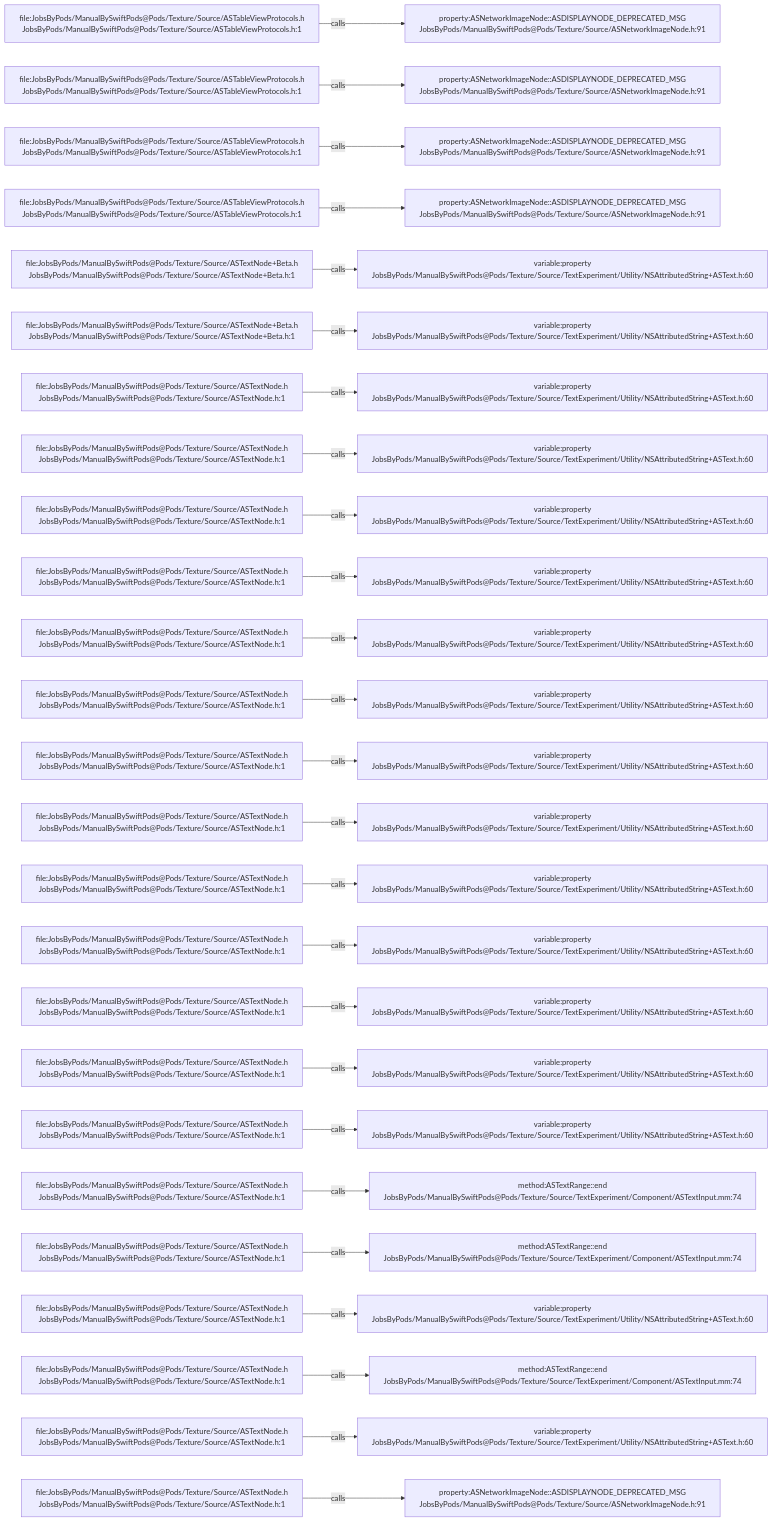
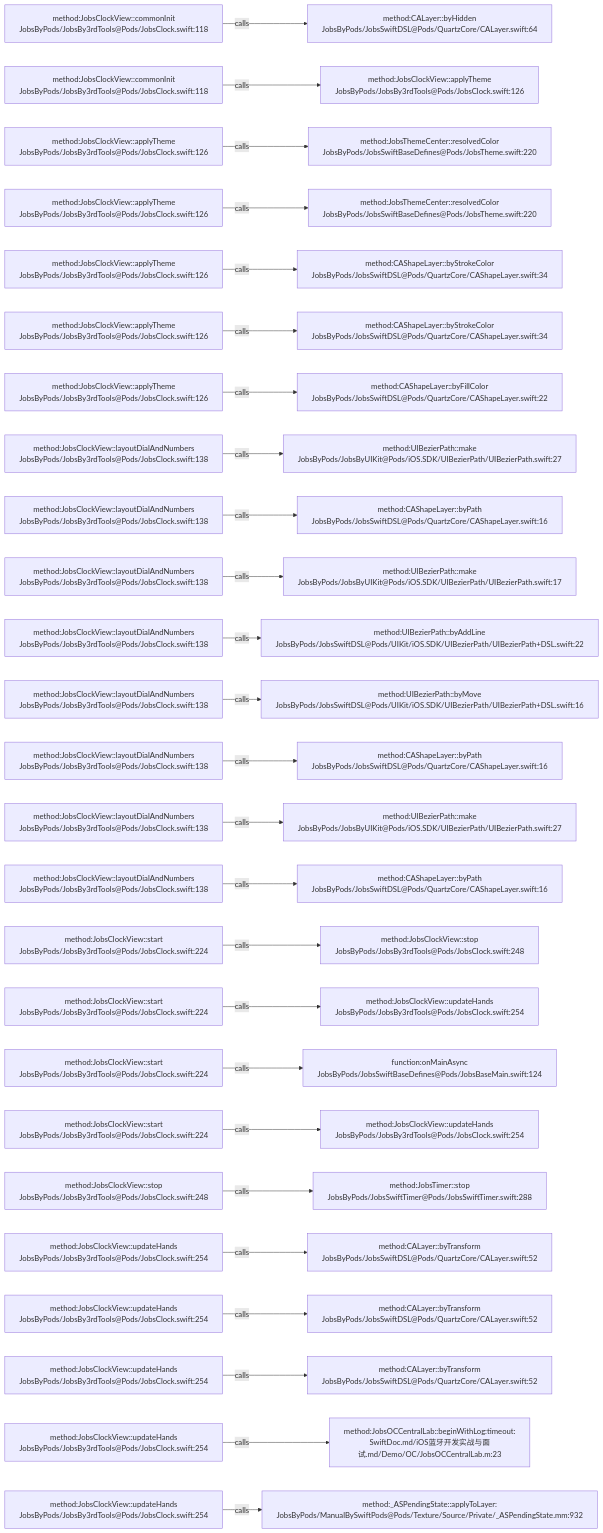
Before and after one commit to JobsKits/JobsSwiftBaseConfigDemo: the diagram in .codegraph/codegraph.md/graphs/calls-064.md, drawn with Mermaid. The commit also changed 224 other files, not shown here.

````diff
--- a/.codegraph/codegraph.md/graphs/calls-064.md
+++ b/.codegraph/codegraph.md/graphs/calls-064.md
@@ -13,78 +13,78 @@
 ```mermaid
 flowchart LR
-  S1["file:JobsByPods/ManualBySwiftPods@Pods/Texture/Source/ASTableViewProtocols.h<br/>JobsByPods/ManualBySwiftPods@Pods/Texture/Source/ASTableViewProtocols.h:1"]
-  T1["property:ASNetworkImageNode::ASDISPLAYNODE_DEPRECATED_MSG<br/>JobsByPods/ManualBySwiftPods@Pods/Texture/Source/ASNetworkImageNode.h:91"]
+  S1["method:JobsClockView::commonInit<br/>JobsByPods/JobsBy3rdTools@Pods/JobsClock.swift:118"]
+  T1["method:CALayer::byHidden<br/>JobsByPods/JobsSwiftDSL@Pods/QuartzCore/CALayer.swift:64"]
   S1 -->|calls| T1
-  S2["file:JobsByPods/ManualBySwiftPods@Pods/Texture/Source/ASTableViewProtocols.h<br/>JobsByPods/ManualBySwiftPods@Pods/Texture/Source/ASTableViewProtocols.h:1"]
-  T2["property:ASNetworkImageNode::ASDISPLAYNODE_DEPRECATED_MSG<br/>JobsByPods/ManualBySwiftPods@Pods/Texture/Source/ASNetworkImageNode.h:91"]
+  S2["method:JobsClockView::commonInit<br/>JobsByPods/JobsBy3rdTools@Pods/JobsClock.swift:118"]
+  T2["method:JobsClockView::applyTheme<br/>JobsByPods/JobsBy3rdTools@Pods/JobsClock.swift:126"]
   S2 -->|calls| T2
-  S3["file:JobsByPods/ManualBySwiftPods@Pods/Texture/Source/ASTableViewProtocols.h<br/>JobsByPods/ManualBySwiftPods@Pods/Texture/Source/ASTableViewProtocols.h:1"]
-  T3["property:ASNetworkImageNode::ASDISPLAYNODE_DEPRECATED_MSG<br/>JobsByPods/ManualBySwiftPods@Pods/Texture/Source/ASNetworkImageNode.h:91"]
+  S3["method:JobsClockView::applyTheme<br/>JobsByPods/JobsBy3rdTools@Pods/JobsClock.swift:126"]
+  T3["method:JobsThemeCenter::resolvedColor<br/>JobsByPods/JobsSwiftBaseDefines@Pods/JobsTheme.swift:220"]
   S3 -->|calls| T3
-  S4["file:JobsByPods/ManualBySwiftPods@Pods/Texture/Source/ASTableViewProtocols.h<br/>JobsByPods/ManualBySwiftPods@Pods/Texture/Source/ASTableViewProtocols.h:1"]
-  T4["property:ASNetworkImageNode::ASDISPLAYNODE_DEPRECATED_MSG<br/>JobsByPods/ManualBySwiftPods@Pods/Texture/Source/ASNetworkImageNode.h:91"]
+  S4["method:JobsClockView::applyTheme<br/>JobsByPods/JobsBy3rdTools@Pods/JobsClock.swift:126"]
+  T4["method:JobsThemeCenter::resolvedColor<br/>JobsByPods/JobsSwiftBaseDefines@Pods/JobsTheme.swift:220"]
   S4 -->|calls| T4
-  S5["file:JobsByPods/ManualBySwiftPods@Pods/Texture/Source/ASTextNode+Beta.h<br/>JobsByPods/ManualBySwiftPods@Pods/Texture/Source/ASTextNode+Beta.h:1"]
-  T5["variable:property<br/>JobsByPods/ManualBySwiftPods@Pods/Texture/Source/TextExperiment/Utility/NSAttributedString+ASText.h:60"]
+  S5["method:JobsClockView::applyTheme<br/>JobsByPods/JobsBy3rdTools@Pods/JobsClock.swift:126"]
+  T5["method:CAShapeLayer::byStrokeColor<br/>JobsByPods/JobsSwiftDSL@Pods/QuartzCore/CAShapeLayer.swift:34"]
   S5 -->|calls| T5
-  S6["file:JobsByPods/ManualBySwiftPods@Pods/Texture/Source/ASTextNode+Beta.h<br/>JobsByPods/ManualBySwiftPods@Pods/Texture/Source/ASTextNode+Beta.h:1"]
-  T6["variable:property<br/>JobsByPods/ManualBySwiftPods@Pods/Texture/Source/TextExperiment/Utility/NSAttributedString+ASText.h:60"]
+  S6["method:JobsClockView::applyTheme<br/>JobsByPods/JobsBy3rdTools@Pods/JobsClock.swift:126"]
+  T6["method:CAShapeLayer::byStrokeColor<br/>JobsByPods/JobsSwiftDSL@Pods/QuartzCore/CAShapeLayer.swift:34"]
   S6 -->|calls| T6
-  S7["file:JobsByPods/ManualBySwiftPods@Pods/Texture/Source/ASTextNode.h<br/>JobsByPods/ManualBySwiftPods@Pods/Texture/Source/ASTextNode.h:1"]
-  T7["variable:property<br/>JobsByPods/ManualBySwiftPods@Pods/Texture/Source/TextExperiment/Utility/NSAttributedString+ASText.h:60"]
+  S7["method:JobsClockView::applyTheme<br/>JobsByPods/JobsBy3rdTools@Pods/JobsClock.swift:126"]
+  T7["method:CAShapeLayer::byFillColor<br/>JobsByPods/JobsSwiftDSL@Pods/QuartzCore/CAShapeLayer.swift:22"]
   S7 -->|calls| T7
-  S8["file:JobsByPods/ManualBySwiftPods@Pods/Texture/Source/ASTextNode.h<br/>JobsByPods/ManualBySwiftPods@Pods/Texture/Source/ASTextNode.h:1"]
-  T8["variable:property<br/>JobsByPods/ManualBySwiftPods@Pods/Texture/Source/TextExperiment/Utility/NSAttributedString+ASText.h:60"]
+  S8["method:JobsClockView::layoutDialAndNumbers<br/>JobsByPods/JobsBy3rdTools@Pods/JobsClock.swift:138"]
+  T8["method:UIBezierPath::make<br/>JobsByPods/JobsByUIKit@Pods/iOS.SDK/UIBezierPath/UIBezierPath.swift:27"]
   S8 -->|calls| T8
-  S9["file:JobsByPods/ManualBySwiftPods@Pods/Texture/Source/ASTextNode.h<br/>JobsByPods/ManualBySwiftPods@Pods/Texture/Source/ASTextNode.h:1"]
-  T9["variable:property<br/>JobsByPods/ManualBySwiftPods@Pods/Texture/Source/TextExperiment/Utility/NSAttributedString+ASText.h:60"]
+  S9["method:JobsClockView::layoutDialAndNumbers<br/>JobsByPods/JobsBy3rdTools@Pods/JobsClock.swift:138"]
+  T9["method:CAShapeLayer::byPath<br/>JobsByPods/JobsSwiftDSL@Pods/QuartzCore/CAShapeLayer.swift:16"]
   S9 -->|calls| T9
-  S10["file:JobsByPods/ManualBySwiftPods@Pods/Texture/Source/ASTextNode.h<br/>JobsByPods/ManualBySwiftPods@Pods/Texture/Source/ASTextNode.h:1"]
-  T10["variable:property<br/>JobsByPods/ManualBySwiftPods@Pods/Texture/Source/TextExperiment/Utility/NSAttributedString+ASText.h:60"]
+  S10["method:JobsClockView::layoutDialAndNumbers<br/>JobsByPods/JobsBy3rdTools@Pods/JobsClock.swift:138"]
+  T10["method:UIBezierPath::make<br/>JobsByPods/JobsByUIKit@Pods/iOS.SDK/UIBezierPath/UIBezierPath.swift:17"]
   S10 -->|calls| T10
-  S11["file:JobsByPods/ManualBySwiftPods@Pods/Texture/Source/ASTextNode.h<br/>JobsByPods/ManualBySwiftPods@Pods/Texture/Source/ASTextNode.h:1"]
-  T11["variable:property<br/>JobsByPods/ManualBySwiftPods@Pods/Texture/Source/TextExperiment/Utility/NSAttributedString+ASText.h:60"]
+  S11["method:JobsClockView::layoutDialAndNumbers<br/>JobsByPods/JobsBy3rdTools@Pods/JobsClock.swift:138"]
+  T11["method:UIBezierPath::byAddLine<br/>JobsByPods/JobsSwiftDSL@Pods/UIKit/iOS.SDK/UIBezierPath/UIBezierPath+DSL.swift:22"]
   S11 -->|calls| T11
-  S12["file:JobsByPods/ManualBySwiftPods@Pods/Texture/Source/ASTextNode.h<br/>JobsByPods/ManualBySwiftPods@Pods/Texture/Source/ASTextNode.h:1"]
-  T12["variable:property<br/>JobsByPods/ManualBySwiftPods@Pods/Texture/Source/TextExperiment/Utility/NSAttributedString+ASText.h:60"]
+  S12["method:JobsClockView::layoutDialAndNumbers<br/>JobsByPods/JobsBy3rdTools@Pods/JobsClock.swift:138"]
+  T12["method:UIBezierPath::byMove<br/>JobsByPods/JobsSwiftDSL@Pods/UIKit/iOS.SDK/UIBezierPath/UIBezierPath+DSL.swift:16"]
   S12 -->|calls| T12
-  S13["file:JobsByPods/ManualBySwiftPods@Pods/Texture/Source/ASTextNode.h<br/>JobsByPods/ManualBySwiftPods@Pods/Texture/Source/ASTextNode.h:1"]
-  T13["variable:property<br/>JobsByPods/ManualBySwiftPods@Pods/Texture/Source/TextExperiment/Utility/NSAttributedString+ASText.h:60"]
+  S13["method:JobsClockView::layoutDialAndNumbers<br/>JobsByPods/JobsBy3rdTools@Pods/JobsClock.swift:138"]
+  T13["method:CAShapeLayer::byPath<br/>JobsByPods/JobsSwiftDSL@Pods/QuartzCore/CAShapeLayer.swift:16"]
   S13 -->|calls| T13
-  S14["file:JobsByPods/ManualBySwiftPods@Pods/Texture/Source/ASTextNode.h<br/>JobsByPods/ManualBySwiftPods@Pods/Texture/Source/ASTextNode.h:1"]
-  T14["variable:property<br/>JobsByPods/ManualBySwiftPods@Pods/Texture/Source/TextExperiment/Utility/NSAttributedString+ASText.h:60"]
+  S14["method:JobsClockView::layoutDialAndNumbers<br/>JobsByPods/JobsBy3rdTools@Pods/JobsClock.swift:138"]
+  T14["method:UIBezierPath::make<br/>JobsByPods/JobsByUIKit@Pods/iOS.SDK/UIBezierPath/UIBezierPath.swift:27"]
   S14 -->|calls| T14
-  S15["file:JobsByPods/ManualBySwiftPods@Pods/Texture/Source/ASTextNode.h<br/>JobsByPods/ManualBySwiftPods@Pods/Texture/Source/ASTextNode.h:1"]
-  T15["variable:property<br/>JobsByPods/ManualBySwiftPods@Pods/Texture/Source/TextExperiment/Utility/NSAttributedString+ASText.h:60"]
+  S15["method:JobsClockView::layoutDialAndNumbers<br/>JobsByPods/JobsBy3rdTools@Pods/JobsClock.swift:138"]
+  T15["method:CAShapeLayer::byPath<br/>JobsByPods/JobsSwiftDSL@Pods/QuartzCore/CAShapeLayer.swift:16"]
   S15 -->|calls| T15
-  S16["file:JobsByPods/ManualBySwiftPods@Pods/Texture/Source/ASTextNode.h<br/>JobsByPods/ManualBySwiftPods@Pods/Texture/Source/ASTextNode.h:1"]
-  T16["variable:property<br/>JobsByPods/ManualBySwiftPods@Pods/Texture/Source/TextExperiment/Utility/NSAttributedString+ASText.h:60"]
+  S16["method:JobsClockView::start<br/>JobsByPods/JobsBy3rdTools@Pods/JobsClock.swift:224"]
+  T16["method:JobsClockView::stop<br/>JobsByPods/JobsBy3rdTools@Pods/JobsClock.swift:248"]
   S16 -->|calls| T16
-  S17["file:JobsByPods/ManualBySwiftPods@Pods/Texture/Source/ASTextNode.h<br/>JobsByPods/ManualBySwiftPods@Pods/Texture/Source/ASTextNode.h:1"]
-  T17["variable:property<br/>JobsByPods/ManualBySwiftPods@Pods/Texture/Source/TextExperiment/Utility/NSAttributedString+ASText.h:60"]
+  S17["method:JobsClockView::start<br/>JobsByPods/JobsBy3rdTools@Pods/JobsClock.swift:224"]
+  T17["method:JobsClockView::updateHands<br/>JobsByPods/JobsBy3rdTools@Pods/JobsClock.swift:254"]
   S17 -->|calls| T17
-  S18["file:JobsByPods/ManualBySwiftPods@Pods/Texture/Source/ASTextNode.h<br/>JobsByPods/ManualBySwiftPods@Pods/Texture/Source/ASTextNode.h:1"]
-  T18["variable:property<br/>JobsByPods/ManualBySwiftPods@Pods/Texture/Source/TextExperiment/Utility/NSAttributedString+ASText.h:60"]
+  S18["method:JobsClockView::start<br/>JobsByPods/JobsBy3rdTools@Pods/JobsClock.swift:224"]
+  T18["function:onMainAsync<br/>JobsByPods/JobsSwiftBaseDefines@Pods/JobsBaseMain.swift:124"]
   S18 -->|calls| T18
-  S19["file:JobsByPods/ManualBySwiftPods@Pods/Texture/Source/ASTextNode.h<br/>JobsByPods/ManualBySwiftPods@Pods/Texture/Source/ASTextNode.h:1"]
-  T19["variable:property<br/>JobsByPods/ManualBySwiftPods@Pods/Texture/Source/TextExperiment/Utility/NSAttributedString+ASText.h:60"]
+  S19["method:JobsClockView::start<br/>JobsByPods/JobsBy3rdTools@Pods/JobsClock.swift:224"]
+  T19["method:JobsClockView::updateHands<br/>JobsByPods/JobsBy3rdTools@Pods/JobsClock.swift:254"]
   S19 -->|calls| T19
-  S20["file:JobsByPods/ManualBySwiftPods@Pods/Texture/Source/ASTextNode.h<br/>JobsByPods/ManualBySwiftPods@Pods/Texture/Source/ASTextNode.h:1"]
-  T20["method:ASTextRange::end<br/>JobsByPods/ManualBySwiftPods@Pods/Texture/Source/TextExperiment/Component/ASTextInput.mm:74"]
+  S20["method:JobsClockView::stop<br/>JobsByPods/JobsBy3rdTools@Pods/JobsClock.swift:248"]
+  T20["method:JobsTimer::stop<br/>JobsByPods/JobsSwiftTimer@Pods/JobsSwiftTimer.swift:288"]
   S20 -->|calls| T20
-  S21["file:JobsByPods/ManualBySwiftPods@Pods/Texture/Source/ASTextNode.h<br/>JobsByPods/ManualBySwiftPods@Pods/Texture/Source/ASTextNode.h:1"]
-  T21["method:ASTextRange::end<br/>JobsByPods/ManualBySwiftPods@Pods/Texture/Source/TextExperiment/Component/ASTextInput.mm:74"]
+  S21["method:JobsClockView::updateHands<br/>JobsByPods/JobsBy3rdTools@Pods/JobsClock.swift:254"]
+  T21["method:CALayer::byTransform<br/>JobsByPods/JobsSwiftDSL@Pods/QuartzCore/CALayer.swift:52"]
   S21 -->|calls| T21
-  S22["file:JobsByPods/ManualBySwiftPods@Pods/Texture/Source/ASTextNode.h<br/>JobsByPods/ManualBySwiftPods@Pods/Texture/Source/ASTextNode.h:1"]
-  T22["variable:property<br/>JobsByPods/ManualBySwiftPods@Pods/Texture/Source/TextExperiment/Utility/NSAttributedString+ASText.h:60"]
+  S22["method:JobsClockView::updateHands<br/>JobsByPods/JobsBy3rdTools@Pods/JobsClock.swift:254"]
+  T22["method:CALayer::byTransform<br/>JobsByPods/JobsSwiftDSL@Pods/QuartzCore/CALayer.swift:52"]
   S22 -->|calls| T22
-  S23["file:JobsByPods/ManualBySwiftPods@Pods/Texture/Source/ASTextNode.h<br/>JobsByPods/ManualBySwiftPods@Pods/Texture/Source/ASTextNode.h:1"]
-  T23["method:ASTextRange::end<br/>JobsByPods/ManualBySwiftPods@Pods/Texture/Source/TextExperiment/Component/ASTextInput.mm:74"]
+  S23["method:JobsClockView::updateHands<br/>JobsByPods/JobsBy3rdTools@Pods/JobsClock.swift:254"]
+  T23["method:CALayer::byTransform<br/>JobsByPods/JobsSwiftDSL@Pods/QuartzCore/CALayer.swift:52"]
   S23 -->|calls| T23
-  S24["file:JobsByPods/ManualBySwiftPods@Pods/Texture/Source/ASTextNode.h<br/>JobsByPods/ManualBySwiftPods@Pods/Texture/Source/ASTextNode.h:1"]
-  T24["variable:property<br/>JobsByPods/ManualBySwiftPods@Pods/Texture/Source/TextExperiment/Utility/NSAttributedString+ASText.h:60"]
+  S24["method:JobsClockView::updateHands<br/>JobsByPods/JobsBy3rdTools@Pods/JobsClock.swift:254"]
+  T24["method:JobsOCCentralLab::beginWithLog:timeout:<br/>SwiftDoc.md/iOS蓝牙开发实战与面试.md/Demo/OC/JobsOCCentralLab.m:23"]
   S24 -->|calls| T24
-  S25["file:JobsByPods/ManualBySwiftPods@Pods/Texture/Source/ASTextNode.h<br/>JobsByPods/ManualBySwiftPods@Pods/Texture/Source/ASTextNode.h:1"]
-  T25["property:ASNetworkImageNode::ASDISPLAYNODE_DEPRECATED_MSG<br/>JobsByPods/ManualBySwiftPods@Pods/Texture/Source/ASNetworkImageNode.h:91"]
+  S25["method:JobsClockView::updateHands<br/>JobsByPods/JobsBy3rdTools@Pods/JobsClock.swift:254"]
+  T25["method:_ASPendingState::applyToLayer:<br/>JobsByPods/ManualBySwiftPods@Pods/Texture/Source/Private/_ASPendingState.mm:932"]
   S25 -->|calls| T25
 ```
````
